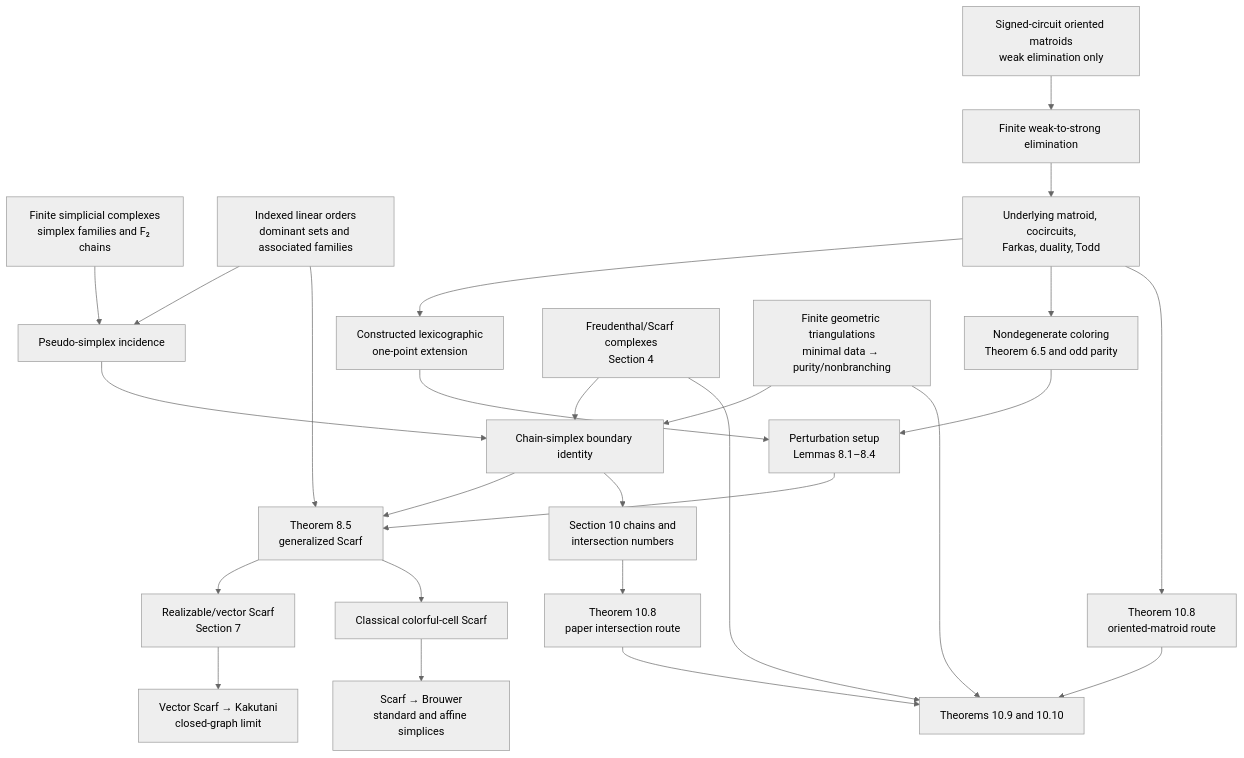
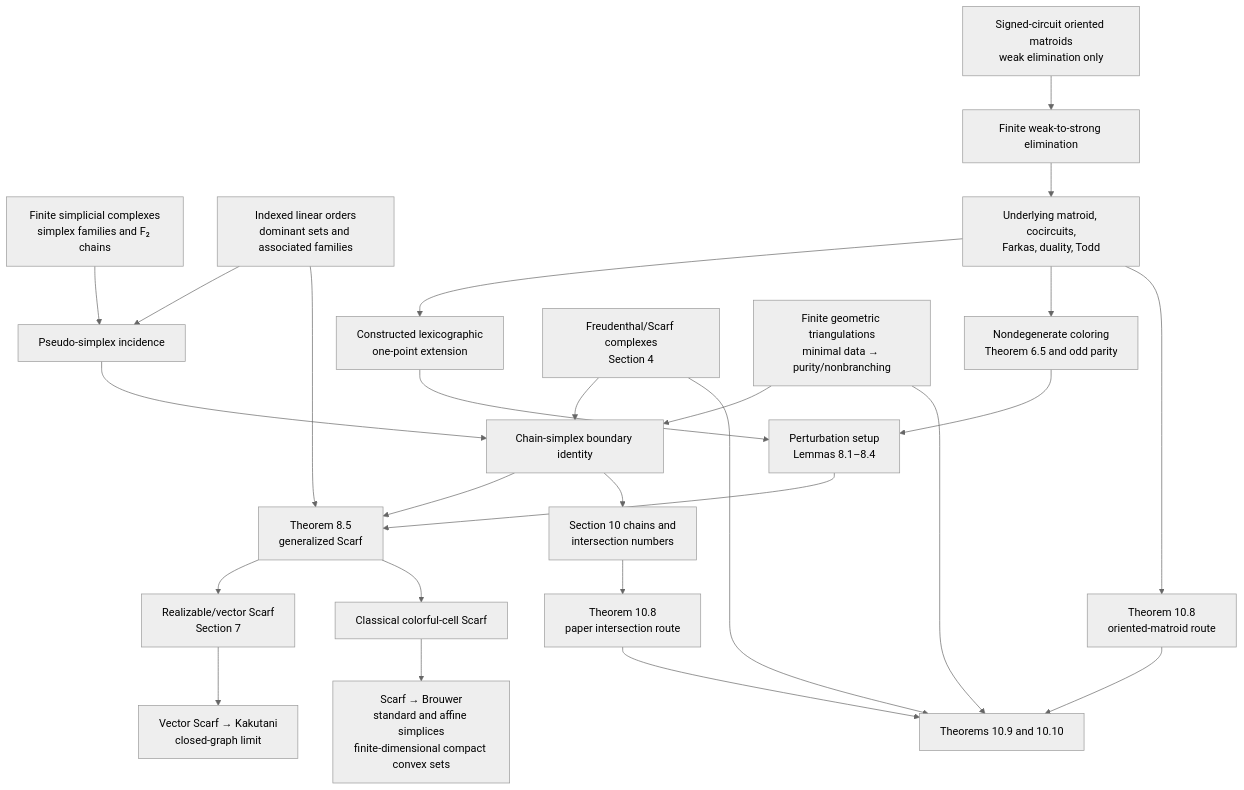
The diagram in README.md (lyw-ops/General_Scarf), drawn with Mermaid (neutral theme) before and after one commit. The commit also changed other lines of this file and 2 other files, not shown here.

Commit message:
Formalize Brouwer theorem on compact convex sets

````diff
--- a/README.md
+++ b/README.md
@@ -14,48 +14,48 @@
 ```mermaid
 flowchart TD
     SC["Finite simplicial complexes<br/>simplex families and F₂ chains"]
     PS["Pseudo-simplex incidence"]
     CS["Chain-simplex boundary identity"]
     OR["Indexed linear orders<br/>dominant sets and associated families"]
 
     OM["Signed-circuit oriented matroids<br/>weak elimination only"]
     WS["Finite weak-to-strong elimination"]
     DU["Underlying matroid, cocircuits,<br/>Farkas, duality, Todd"]
     LX["Constructed lexicographic<br/>one-point extension"]
 
     ND["Nondegenerate coloring<br/>Theorem 6.5 and odd parity"]
     PT["Perturbation setup<br/>Lemmas 8.1–8.4"]
     GS["Theorem 8.5<br/>generalized Scarf"]
 
     VS["Realizable/vector Scarf<br/>Section 7"]
     CL["Classical colorful-cell Scarf"]
-    BR["Scarf → Brouwer<br/>standard and affine simplices"]
+    BR["Scarf → Brouwer<br/>standard and affine simplices<br/>finite-dimensional compact convex sets"]
     KA["Vector Scarf → Kakutani<br/>closed-graph limit"]
 
     CH["Section 10 chains and<br/>intersection numbers"]
     T8A["Theorem 10.8<br/>paper intersection route"]
     T8B["Theorem 10.8<br/>oriented-matroid route"]
     T910["Theorems 10.9 and 10.10"]
 
     FR["Freudenthal/Scarf complexes<br/>Section 4"]
     GT["Finite geometric triangulations<br/>minimal data → purity/nonbranching"]
 
     SC --> PS --> CS
     OR --> PS
     OM --> WS --> DU --> LX
     DU --> ND
     LX --> PT
     ND --> PT --> GS
     CS --> GS
     OR --> GS
 
     GS --> VS --> KA
     GS --> CL --> BR
 
     CS --> CH --> T8A --> T910
     DU --> T8B --> T910
     FR --> CS
     FR --> T910
     GT --> CS
     GT --> T910
 ```
````
